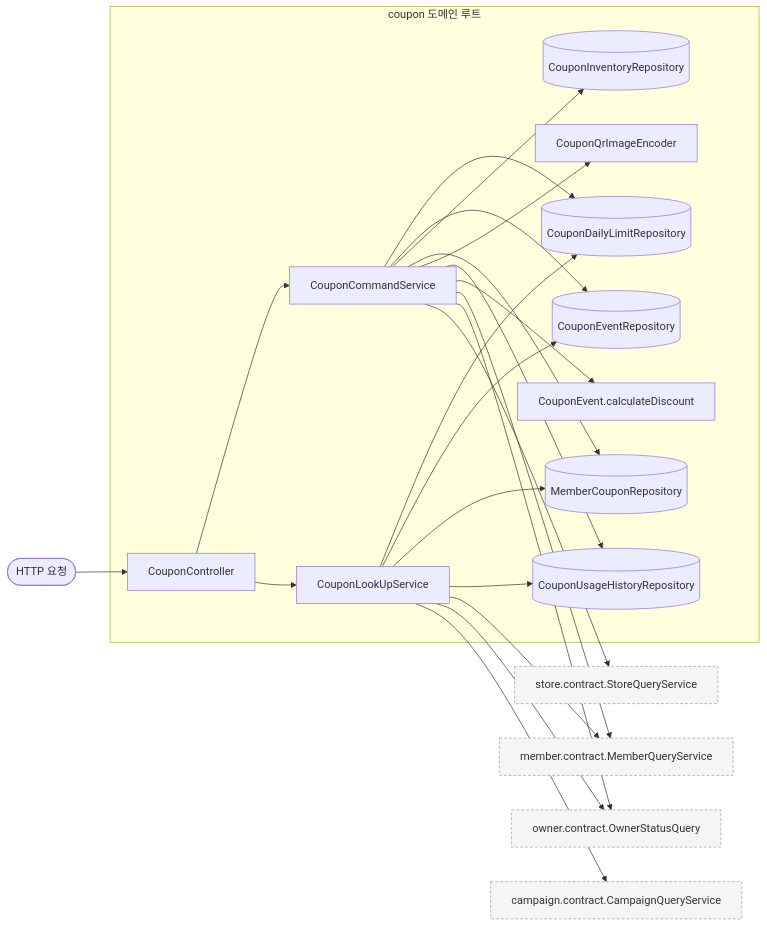
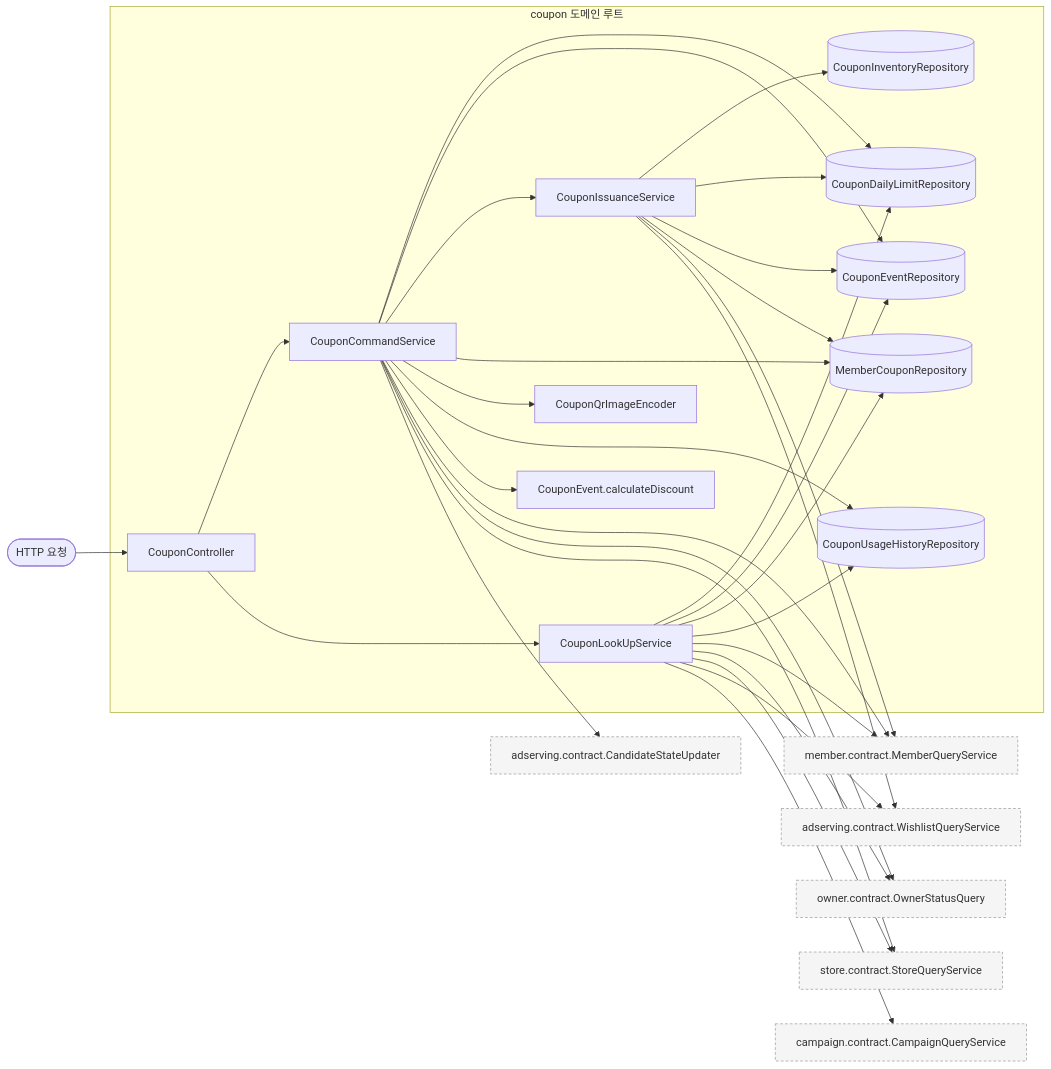
The first of 6 diagrams in docs/design/coupon/coupon_구조와_동작_설계.md (lunch-catch/lc-backend), drawn with Mermaid before and after one commit. The commit also changed other lines of this file and 3 other files, not shown here.

````diff
--- a/docs/design/coupon/coupon_구조와_동작_설계.md
+++ b/docs/design/coupon/coupon_구조와_동작_설계.md
@@ -160,27 +160,36 @@
 ```mermaid
 flowchart LR
     HTTP([HTTP 요청]) --> Controller[CouponController]
     subgraph Coupon["coupon 도메인 루트"]
         Controller --> Command[CouponCommandService]
         Controller --> Lookup[CouponLookUpService]
         Command --> Daily[(CouponDailyLimitRepository)]
         Command --> Events[(CouponEventRepository)]
-        Command --> Inventory[(CouponInventoryRepository)]
+        Command --> Issuance[CouponIssuanceService]
+        Issuance --> Inventory[(CouponInventoryRepository)]
+        Issuance --> Daily
+        Issuance --> Events
+        Issuance --> Members
         Command --> Members[(MemberCouponRepository)]
         Command --> Image[CouponQrImageEncoder]
         Lookup --> Daily
         Lookup --> Events
         Lookup --> Members
         Lookup --> History[(CouponUsageHistoryRepository)]
         Command --> History
         Command --> Discount[CouponEvent.calculateDiscount]
     end
     Command --> MemberQuery["member.contract.MemberQueryService"]
     Lookup --> MemberQuery
     Lookup --> OwnerQuery["owner.contract.OwnerStatusQuery"]
     Command --> OwnerQuery
     Command --> StoreQuery["store.contract.StoreQueryService"]
+    Lookup --> StoreQuery
+    Issuance --> MemberQuery
+    Issuance --> Wishlist["adserving.contract.WishlistQueryService"]
+    Lookup --> Wishlist
+    Command --> Candidate["adserving.contract.CandidateStateUpdater"]
     Lookup --> CampaignQuery["campaign.contract.CampaignQueryService"]
     classDef outside fill:#f5f5f5,stroke:#999,stroke-dasharray:4 3
-    class MemberQuery,OwnerQuery,CampaignQuery,StoreQuery outside
+    class MemberQuery,OwnerQuery,CampaignQuery,StoreQuery,Wishlist,Candidate outside
 ```
````
